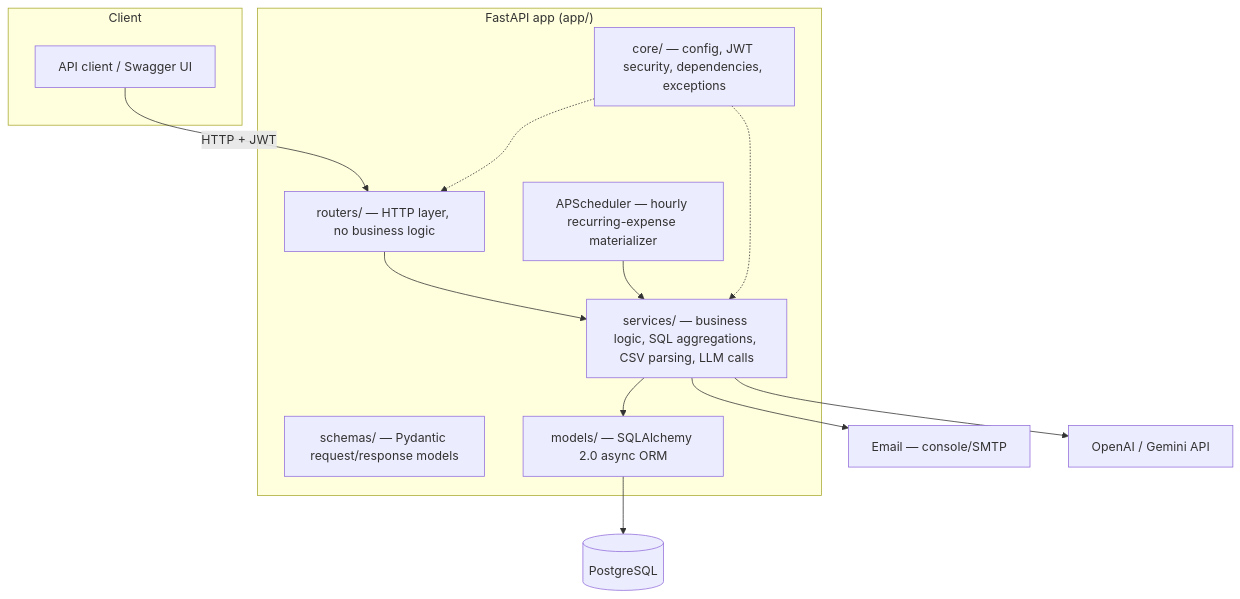
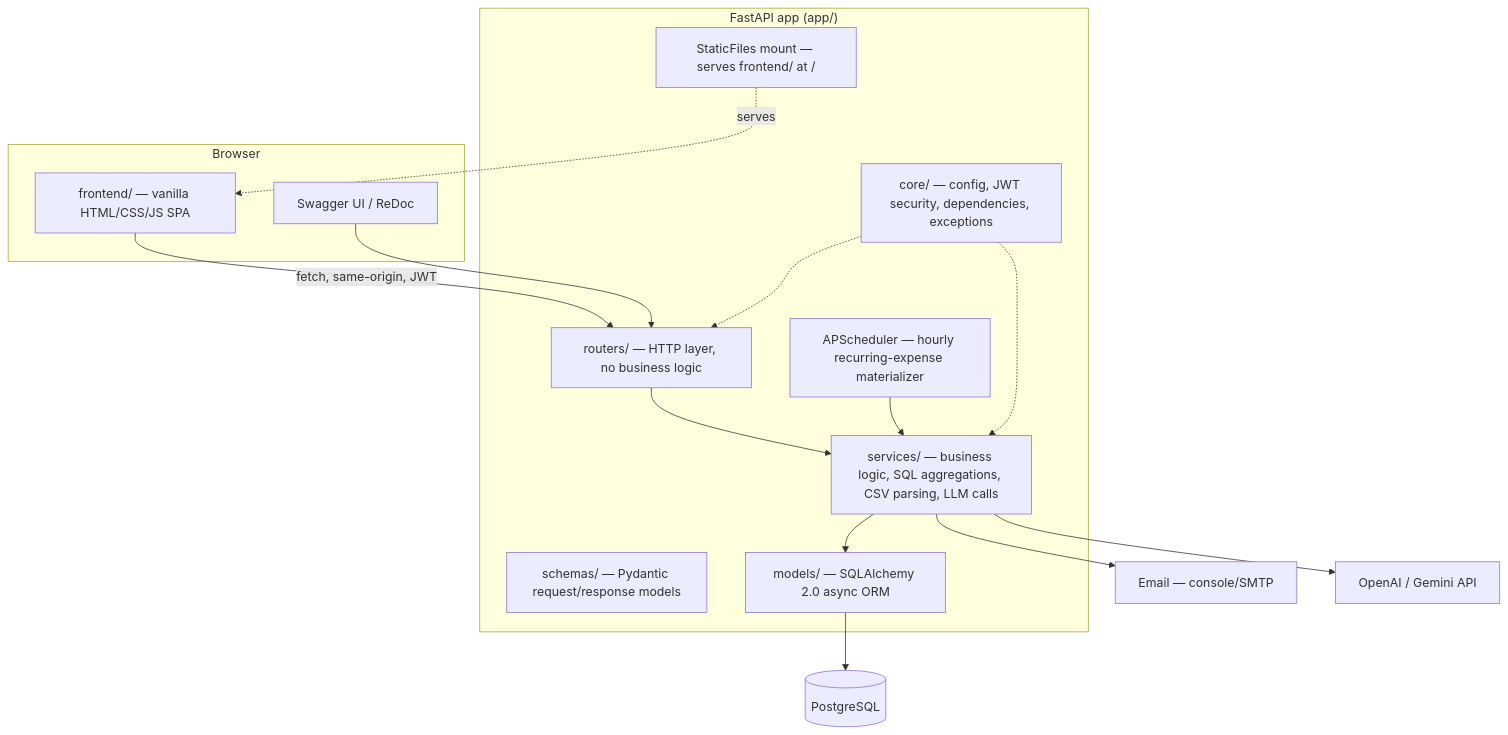
The diagram in README.md (Jenuineaf/SpendWise), drawn with Mermaid before and after one commit. The commit also changed other lines of this file and 10 other files, not shown here.

````diff
--- a/README.md
+++ b/README.md
@@ -24,29 +28,33 @@
 ```mermaid
 flowchart TB
-    subgraph Client
-        UI[API client / Swagger UI]
+    subgraph Browser
+        UI["frontend/ — vanilla HTML/CSS/JS SPA"]
+        Docs[Swagger UI / ReDoc]
     end
 
     subgraph FastAPI["FastAPI app (app/)"]
+        Static["StaticFiles mount — serves frontend/ at /"]
         Routers["routers/ — HTTP layer, no business logic"]
         Services["services/ — business logic, SQL aggregations, CSV parsing, LLM calls"]
         Schemas["schemas/ — Pydantic request/response models"]
         Models["models/ — SQLAlchemy 2.0 async ORM"]
         Core["core/ — config, JWT security, dependencies, exceptions"]
         Scheduler["APScheduler — hourly recurring-expense materializer"]
     end
 
     DB[(PostgreSQL)]
     Email[Email — console/SMTP]
     LLM[OpenAI / Gemini API]
 
-    UI -->|HTTP + JWT| Routers
+    UI -->|fetch, same-origin, JWT| Routers
+    Docs --> Routers
+    Static -.serves.-> UI
     Routers --> Services
     Services --> Models
     Models --> DB
     Scheduler --> Services
     Services --> Email
     Services --> LLM
     Core -.-> Routers
     Core -.-> Services
 ```
````
